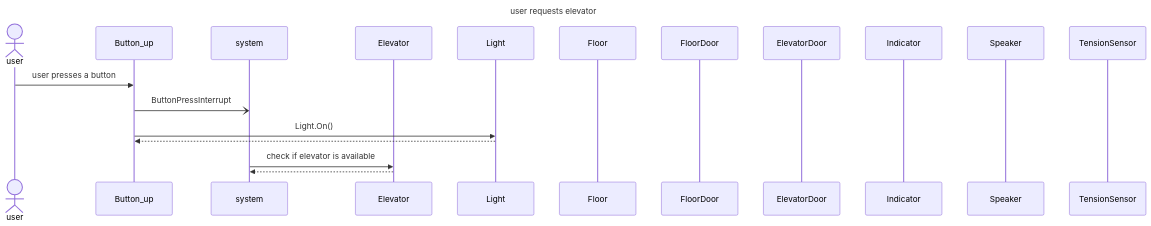
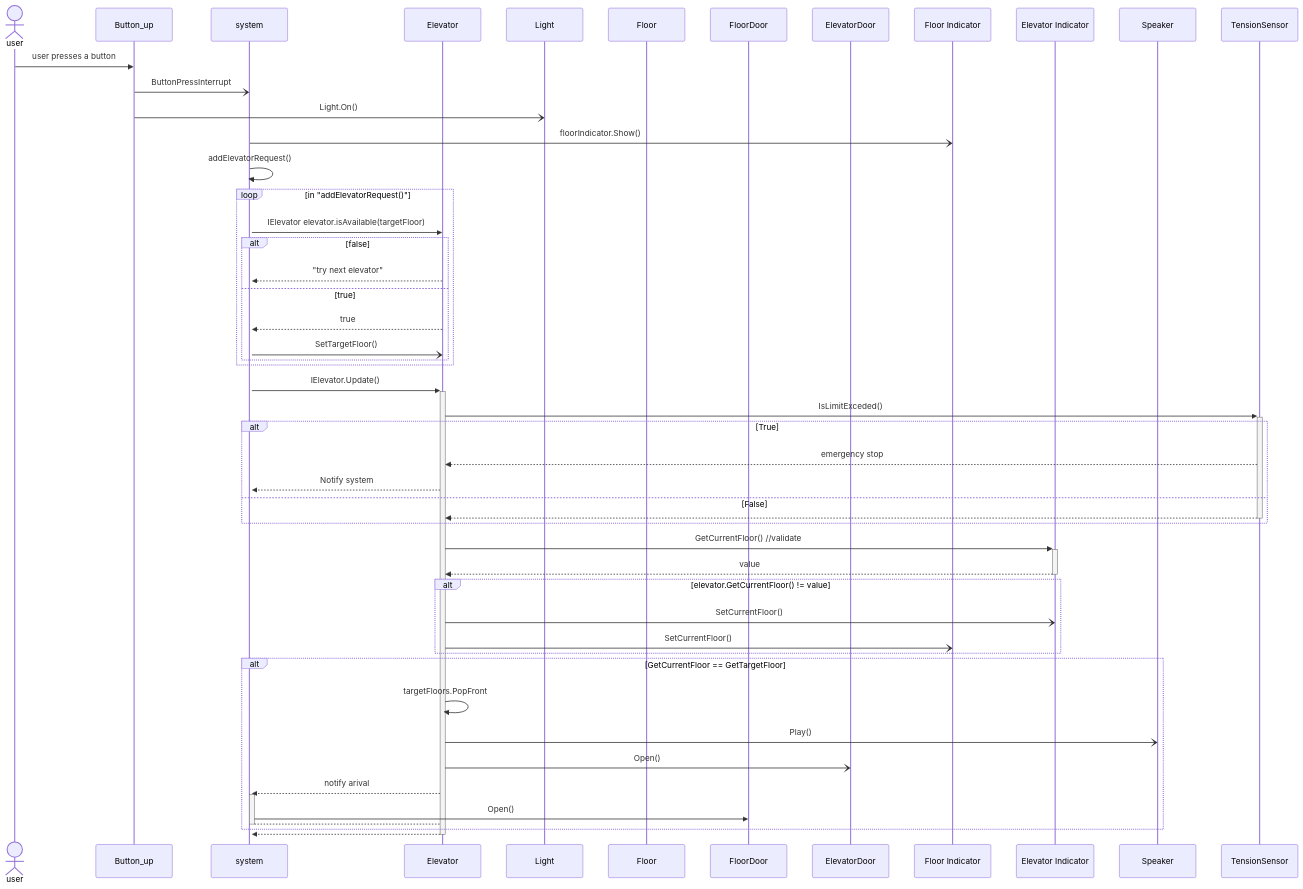
The diagram in notes/SD/challenge_2_elevator/sequence diagram.md (gamepro110/t-db3-2324nj), drawn with Mermaid before and after one commit. The commit also changed other lines of this file and 2 other files, not shown here.

Commit message:
Update class + sequence diagrams (sequence still wip)

````diff
--- a/notes/SD/challenge_2_elevator/sequence diagram.md
+++ b/notes/SD/challenge_2_elevator/sequence diagram.md
@@ -11,36 +12,72 @@
 ```mermaid
----
-title: user requests elevator
----
 sequenceDiagram
 
 %%TODO fix order when done
 actor U as user
 participant B as Button_up 
 participant S as system
 participant E as Elevator
 participant L as Light
 participant F as Floor
 participant Df as FloorDoor
 participant De as ElevatorDoor
-participant I as Indicator
+participant If as Floor Indicator
+participant Ie as Elevator Indicator
 participant SP as Speaker
 participant T as TensionSensor
 
 %% ----------------------------------------
 
-%% begin block button interrupt press
-U->>B: user presses a button
+%% start user interaction
+U ->> B: user presses a button
+B -) S: ButtonPressInterrupt
+B -) L : Light.On()
+S -) If : floorIndicator.Show()
+S ->>+ S : addElevatorRequest()
 
-B-)S: ButtonPressInterrupt
-%%S-->>B: 
+loop in "addElevatorRequest()"
+    S ->> E : IElevator elevator.isAvailable(targetFloor)
+    
+    alt false
+        E -->> S : "try next elevator"
+    else true
+        E -->> S : true
+        S -) E : SetTargetFloor()
+    end
+end
 
-B->>L: Light.On()
-L-->>B: 
-%% end block button interrupt press
+S ->>+ E : IElevator.Update()
+E ->>+ T : IsLimitExceded()
+    alt True
+        T -->> E : emergency stop
+        E -->> S : Notify system
+    else False
+        T -->>- E : 
+    end
 
-S->>E: check if elevator is available
-E-->>S: 
+E ->>+ Ie : GetCurrentFloor() //validate
+Ie -->>- E : value
+    alt elevator.GetCurrentFloor() != value
+        E -) Ie : SetCurrentFloor()
+        E -) If : SetCurrentFloor()
+    end
 
+%% elevator reaches target
+alt GetCurrentFloor == GetTargetFloor
+E ->> E : targetFloors.PopFront
+E -) SP : Play()
+E -) De : Open()
+E -->>+ S : notify arival
+S ->> Df : Open()
+S -->- E : 
+end
 
+%% start door timer
+
+%% close door at end of timer
+
+%% empty on purpose
+E -->>- S : 
+
+%%S -->>- S : 
 ```
````
